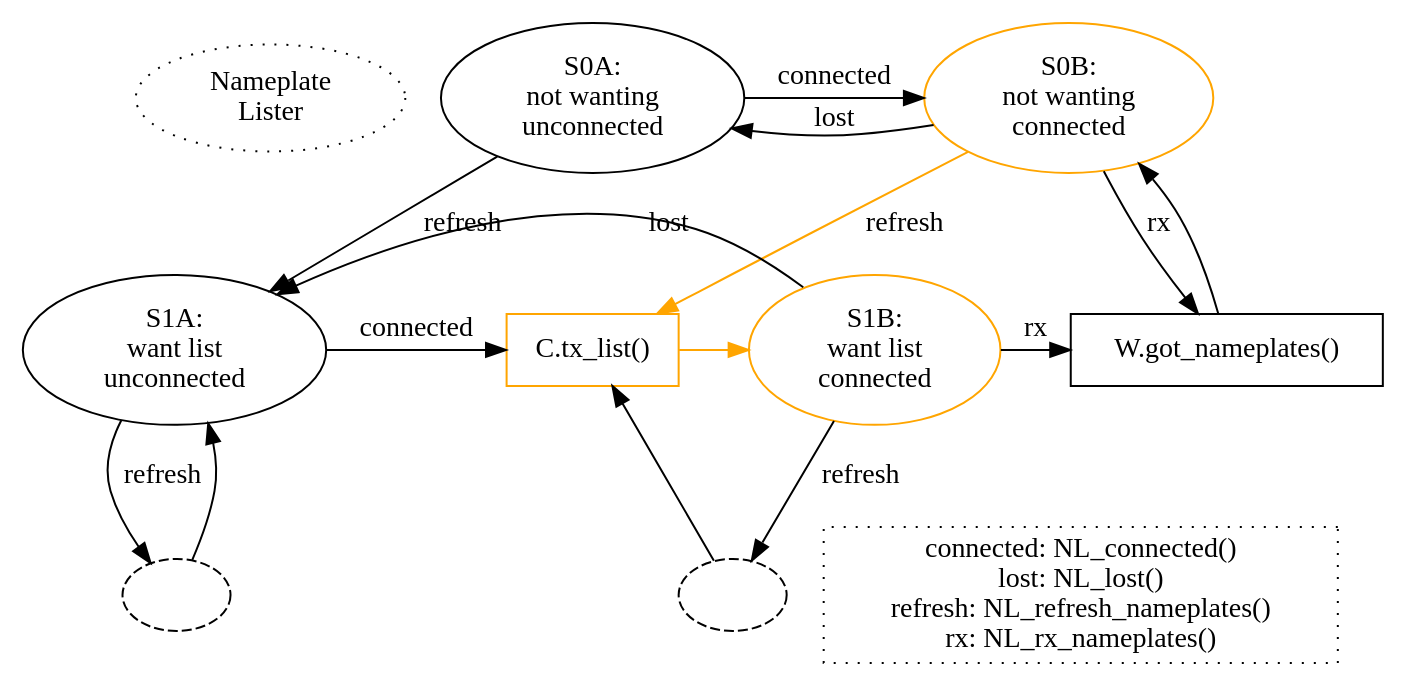
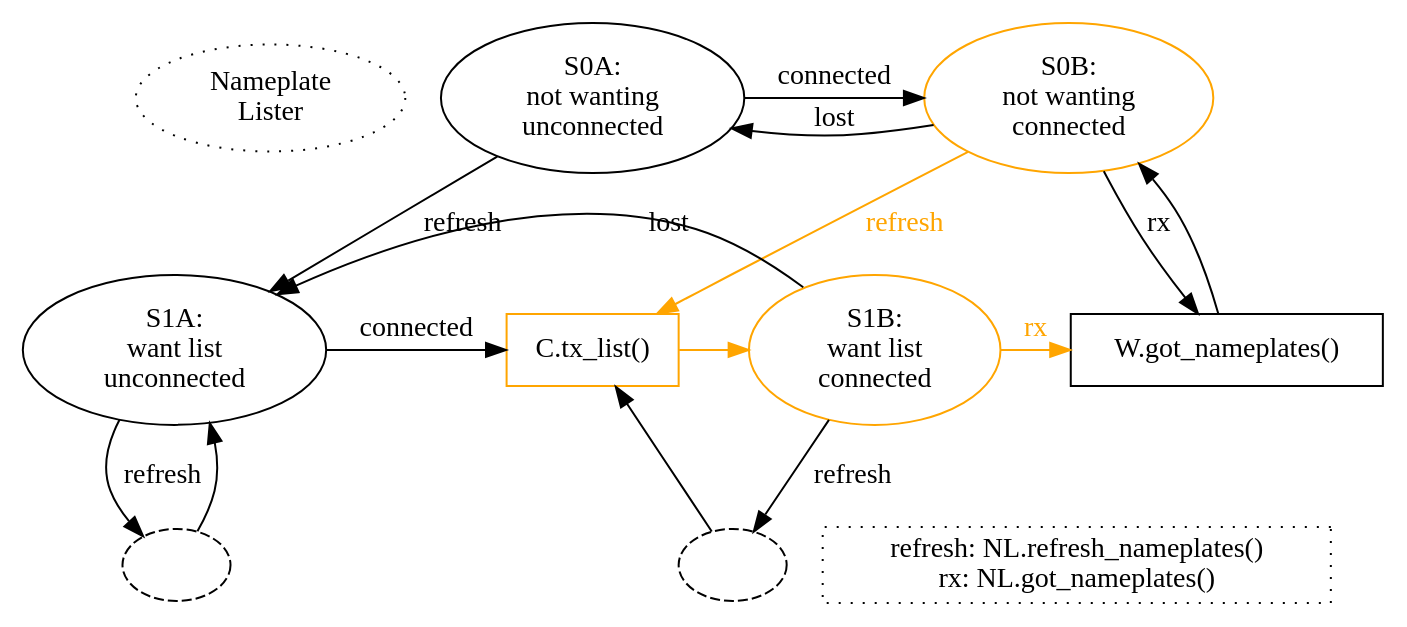
Before and after one commit to magic-wormhole/magic-wormhole: the diagram in docs/nameplates.dot, drawn with Graphviz.

Commit message:
nameplates.dot: done

```diff
--- a/docs/nameplates.dot
+++ b/docs/nameplates.dot
@@ -1,47 +1,42 @@
 digraph {
-        /*
-        "connected": NL_connected
-        "rx": NL_rx_nameplates
-        "refresh": NL_refresh_nameplates
-        */
-        {rank=same; NL_title NL_S0A NL_S0B}
-        NL_title [label="Nameplate\nLister" style="dotted"]
+        {rank=same; title S0A S0B}
+        title [label="Nameplate\nLister" style="dotted"]
 
-        NL_S0A [label="S0A:\nnot wanting\nunconnected"]
-        NL_S0B [label="S0B:\nnot wanting\nconnected" color="orange"]
+        S0A [label="S0A:\nnot wanting\nunconnected"]
+        S0B [label="S0B:\nnot wanting\nconnected" color="orange"]
 
-        NL_S0A -> NL_S0B [label="connected"]
-        NL_S0B -> NL_S0A [label="lost"]
+        S0A -> S0B [label="connected"]
+        S0B -> S0A [label="lost"]
 
-        NL_S0A -> NL_S1A [label="refresh"]
-        NL_S0B -> NL_P_tx [label="refresh" color="orange"]
+        S0A -> S1A [label="refresh"]
+        S0B -> P_tx [label="refresh" color="orange" fontcolor="orange"]
 
-        NL_S0A -> NL_P_tx [style="invis"]
+        S0A -> P_tx [style="invis"]
 
-        {rank=same; NL_S1A NL_P_tx NL_S1B NL_C_notify}
+        {rank=same; S1A P_tx S1B P_notify}
 
-        NL_S1A [label="S1A:\nwant list\nunconnected"]
-        NL_S1B [label="S1B:\nwant list\nconnected" color="orange"]
+        S1A [label="S1A:\nwant list\nunconnected"]
+        S1B [label="S1B:\nwant list\nconnected" color="orange"]
 
-        NL_S1A -> NL_P_tx [label="connected"]
-        NL_P_tx [shape="box" label="C.tx_list()" color="orange"]
-        NL_P_tx -> NL_S1B [color="orange"]
-        NL_S1B -> NL_S1A [label="lost"]
+        S1A -> P_tx [label="connected"]
+        P_tx [shape="box" label="C.tx_list()" color="orange"]
+        P_tx -> S1B [color="orange"]
+        S1B -> S1A [label="lost"]
 
-        NL_S1A -> foo [label="refresh"]
+        S1A -> foo [label="refresh"]
         foo [label="" style="dashed"]
-        foo -> NL_S1A
+        foo -> S1A
 
-        NL_S1B -> foo2 [label="refresh"]
+        S1B -> foo2 [label="refresh"]
         foo2 [label="" style="dashed"]
-        foo2 -> NL_P_tx
+        foo2 -> P_tx
 
-        NL_S0B -> NL_C_notify [label="rx"]
-        NL_S1B -> NL_C_notify [label="rx"]
-        NL_C_notify [shape="box" label="W.got_nameplates()"]
-        NL_C_notify -> NL_S0B
+        S0B -> P_notify [label="rx"]
+        S1B -> P_notify [label="rx" color="orange" fontcolor="orange"]
+        P_notify [shape="box" label="W.got_nameplates()"]
+        P_notify -> S0B
 
         {rank=same; foo foo2 legend}
         legend [shape="box" style="dotted"
-                label="connected: NL_connected()\nlost: NL_lost()\nrefresh: NL_refresh_nameplates()\nrx: NL_rx_nameplates()"]
+                label="refresh: NL.refresh_nameplates()\nrx: NL.got_nameplates()"]
 }
```
